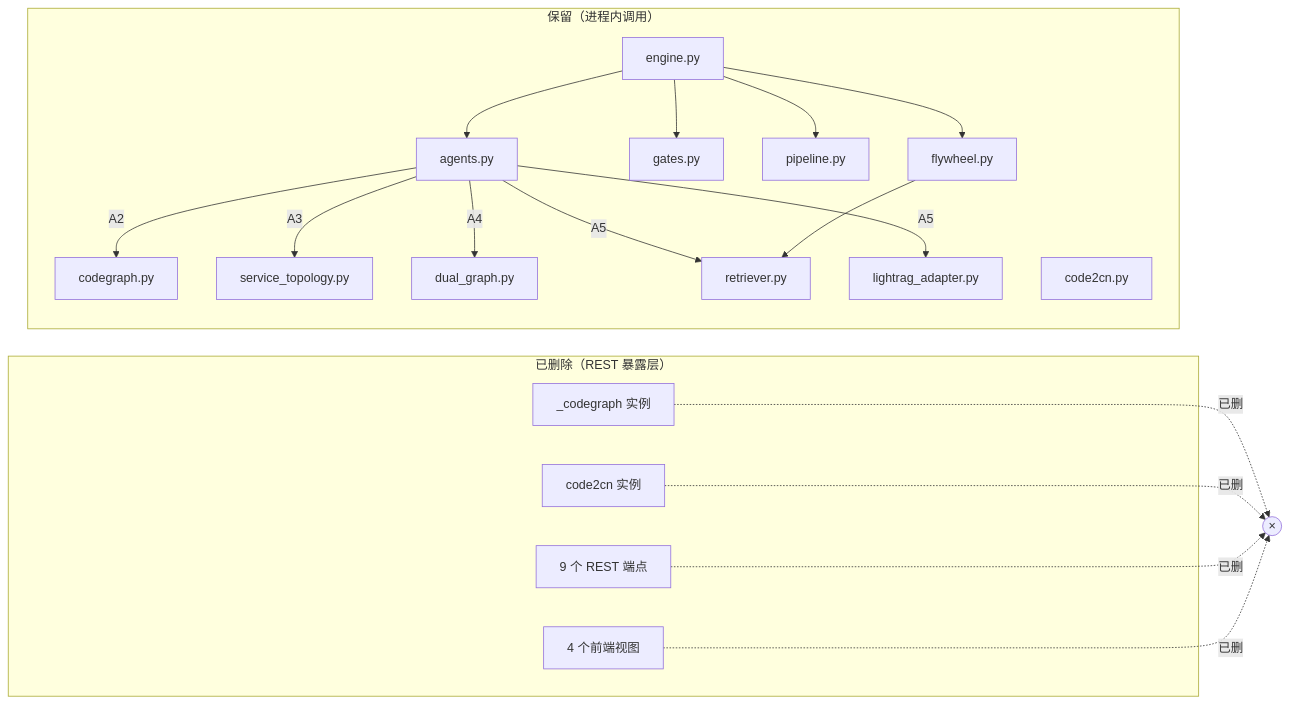
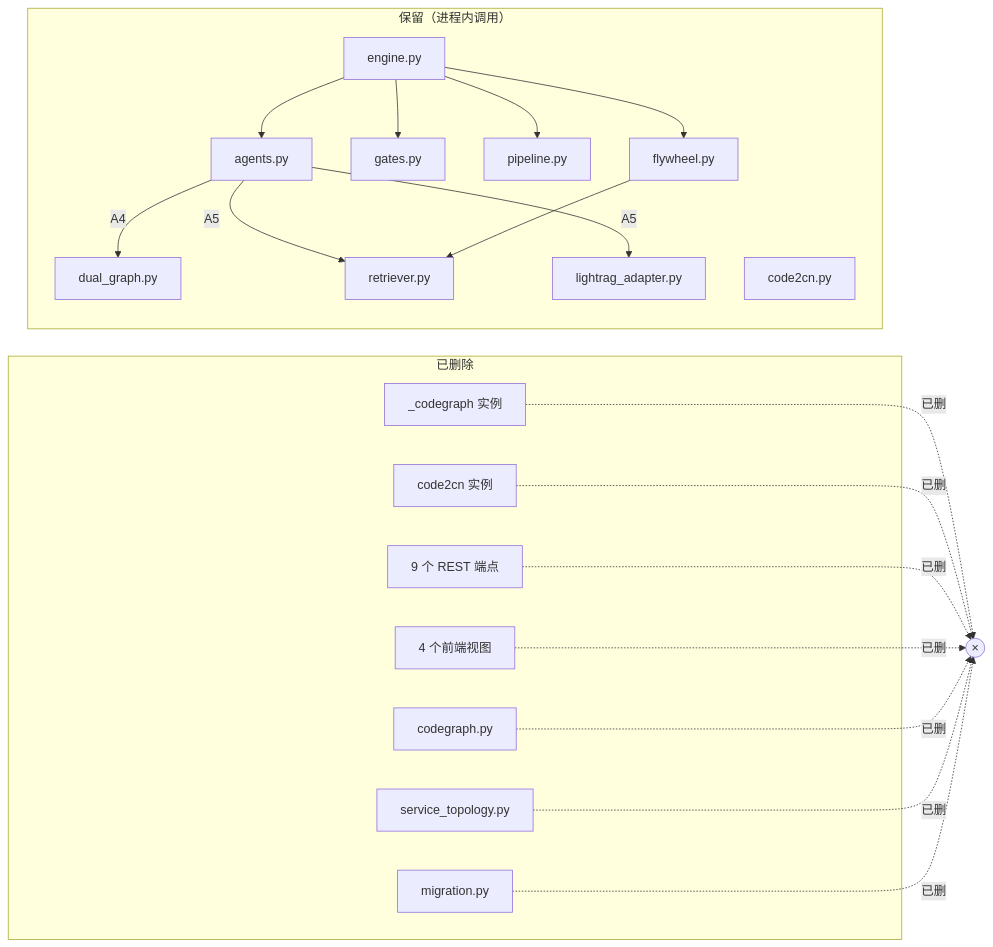
Before and after one commit to bigDataZWH/AutoBugFix: the fourth of 4 diagrams in ARCHITECTURE.md, drawn with Mermaid. The commit also changed other lines of this file, not shown here.

````diff
--- a/ARCHITECTURE.md
+++ b/ARCHITECTURE.md
@@ -309,39 +336,41 @@
 ```mermaid
 flowchart LR
-    subgraph DEL["已删除（REST 暴露层）"]
+    subgraph DEL["已删除"]
         D1["_codegraph 实例"]
         D2["code2cn 实例"]
         D3["9 个 REST 端点"]
         D4["4 个前端视图"]
+        D5["codegraph.py"]
+        D6["service_topology.py"]
+        D7["migration.py"]
     end
 
     subgraph KEEP["保留（进程内调用）"]
         E[engine.py]
         P[pipeline.py]
         A[agents.py]
         G[gates.py]
         DG[dual_graph.py]
-        CG[codegraph.py]
         C2[code2cn.py]
         LR[lightrag_adapter.py]
-        ST[service_topology.py]
         RET[retriever.py]
         FW[flywheel.py]
     end
 
     D1 -.已删.-> X((×))
     D2 -.已删.-> X
     D3 -.已删.-> X
     D4 -.已删.-> X
+    D5 -.已删.-> X
+    D6 -.已删.-> X
+    D7 -.已删.-> X
 
     E --> A
     E --> G
     E --> P
-    A -->|A2| CG
-    A -->|A3| ST
     A -->|A4| DG
     A -->|A5| RET
     A -->|A5| LR
     E --> FW
     FW --> RET
 ```
````
